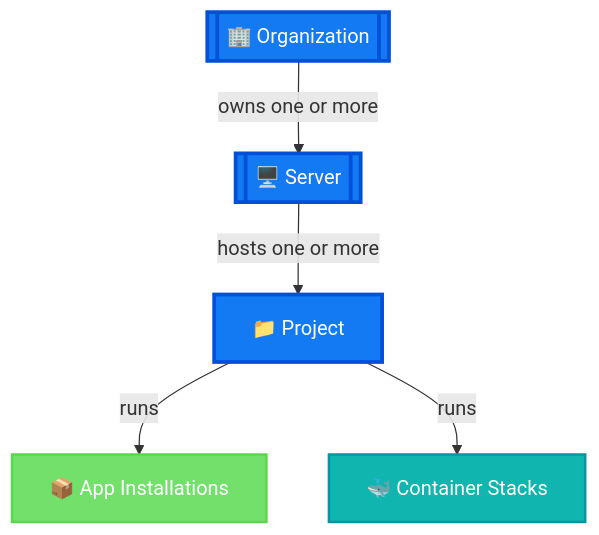
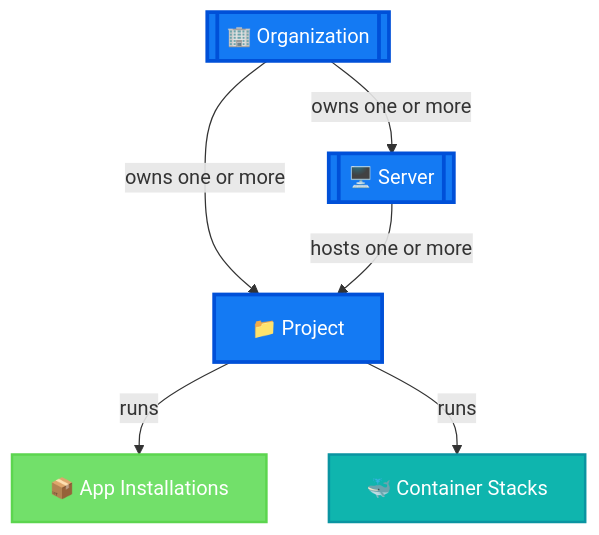
The first of 2 diagrams in docs/platform/overview.mdx (mittwald/developer-portal), drawn with Mermaid before and after one commit. The commit also changed other lines of this file and 1 other file, not shown here.

````diff
--- a/docs/platform/overview.mdx
+++ b/docs/platform/overview.mdx
@@ -27,21 +27,23 @@
 ```mermaid
 graph TD
     ORG[["🏢 Organization"]]
     SERVER[["🖥️ Server"]]
     PROJECT["📁 Project"]
     APP["📦 App Installations"]
     STACK["🐳 Container Stacks"]
 
     ORG -->|owns one or more| SERVER
+    ORG -->|owns one or more| PROJECT
+
     SERVER -->|hosts one or more| PROJECT
     PROJECT -->|runs| APP
     PROJECT -->|runs| STACK
 
     classDef brandOrg fill:#147af3,stroke:#0050d8,color:#fff,stroke-width:3px
     classDef managed fill:#72e06a,stroke:#5cd54f,color:#fff,stroke-width:2px
     classDef containers fill:#0fb5ae,stroke:#0a94a1,color:#fff,stroke-width:2px
 
     class ORG,SERVER,PROJECT brandOrg
     class APP managed
     class STACK containers
 ```
````
